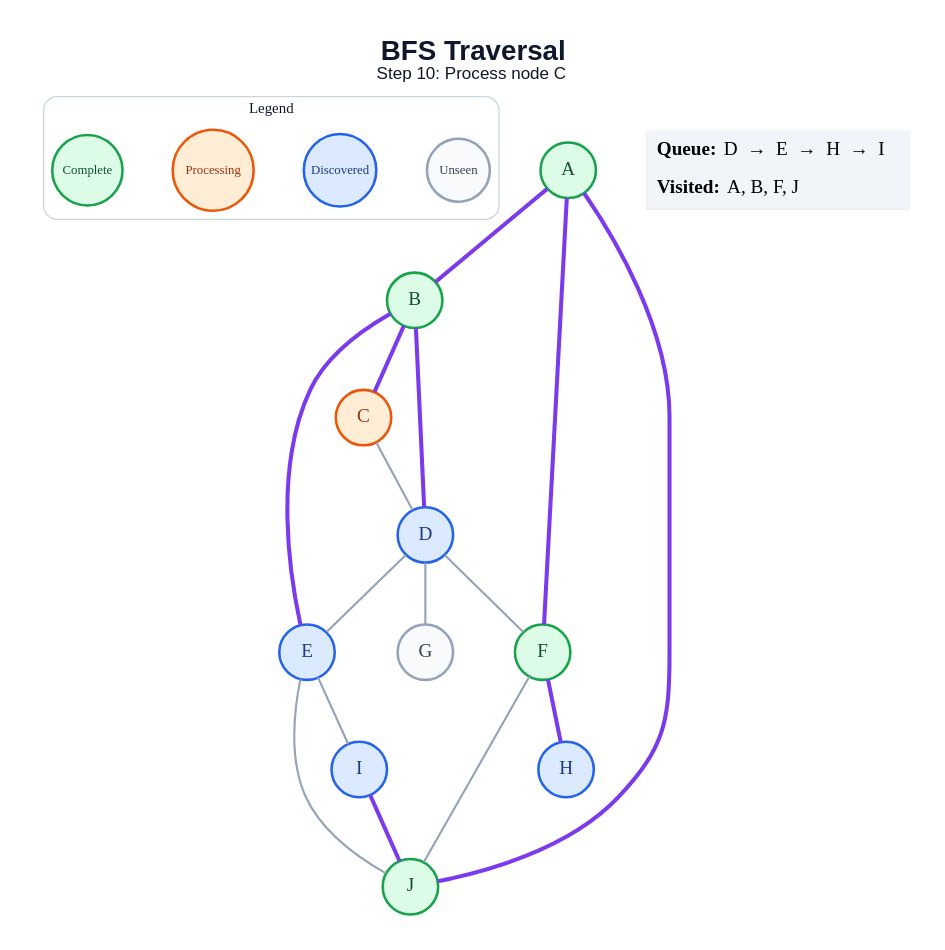
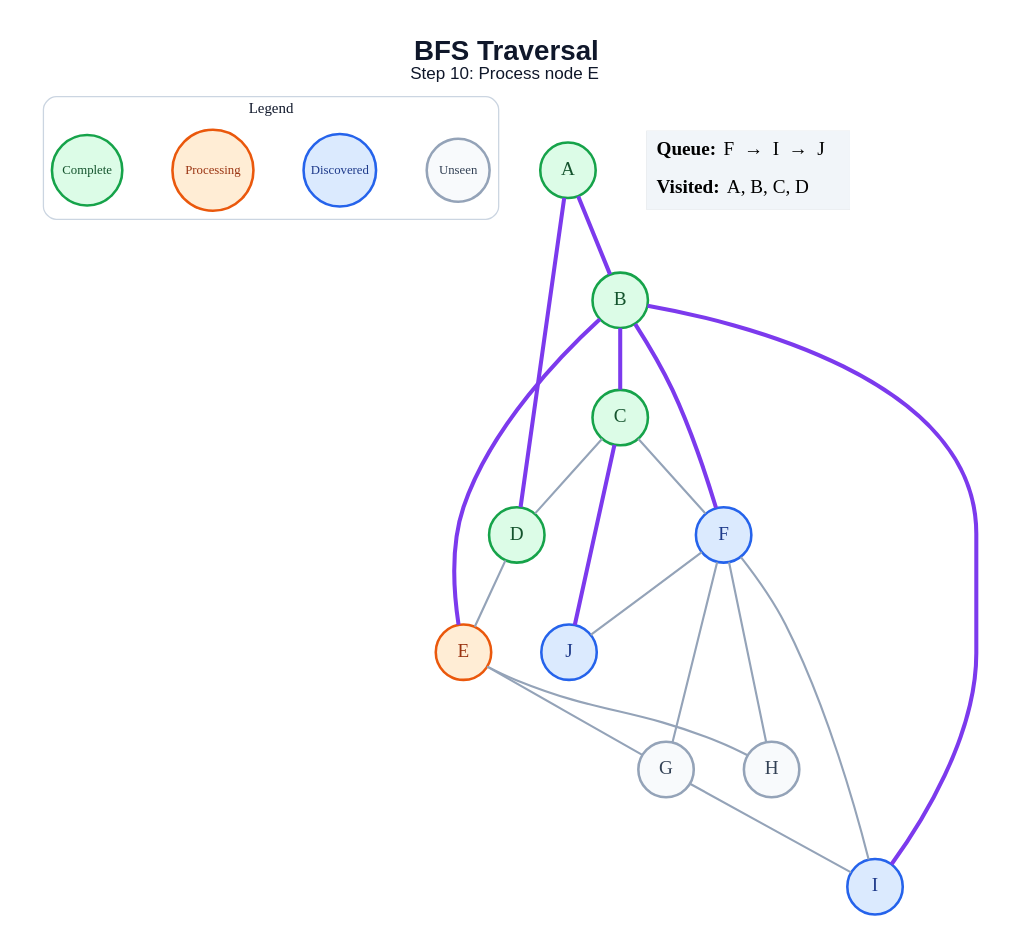
One commit to anon7238593-create/ai-slop changed the diagram in generated/bfs/step_10.dot. Above: the diagram before and after it, drawn with Graphviz. The commit also changed 178 other files, not shown here.

```diff
--- a/generated/bfs/step_10.dot
+++ b/generated/bfs/step_10.dot
@@ -1,44 +1,46 @@
 graph traversal {
   graph [layout=dot, rankdir=TB, bgcolor="#FFFFFF", pad="0.35", nodesep="0.65", ranksep="0.8", fontname="Arial"];
   node [shape=circle, style="filled", fontname="Arial Bold", fontsize=18, width=0.72, fixedsize=true, penwidth=2.4];
   edge [color="#94A3B8", penwidth=2.0];
-  label=<<B>BFS Traversal</B><BR/><FONT POINT-SIZE="16">Step 10: Process node C</FONT>>; labelloc="t"; fontsize=26; fontname="Arial"; fontcolor="#0F172A";
+  label=<<B>BFS Traversal</B><BR/><FONT POINT-SIZE="16">Step 10: Process node E</FONT>>; labelloc="t"; fontsize=26; fontname="Arial"; fontcolor="#0F172A";
   subgraph cluster_legend { label="Legend"; color="#CBD5E1"; penwidth=1.2; style="rounded"; fontsize=14; fontname="Arial Bold";
     key_unseen [label="Unseen", fillcolor="#F8FAFC", color="#94A3B8", fontcolor="#334155", fontsize=12, width=0.82];
     key_frontier [label="Discovered", fillcolor="#DBEAFE", color="#2563EB", fontcolor="#1E3A8A", fontsize=12, width=0.95];
     key_current [label="Processing", fillcolor="#FFEDD5", color="#EA580C", fontcolor="#9A3412", fontsize=12, width=1.05];
     key_done [label="Complete", fillcolor="#DCFCE7", color="#16A34A", fontcolor="#14532D", fontsize=12, width=0.92];
     { rank=same; key_unseen; key_frontier; key_current; key_done; }
   }
   A [fillcolor="#DCFCE7", color="#16A34A", fontcolor="#14532D"];
   B [fillcolor="#DCFCE7", color="#16A34A", fontcolor="#14532D"];
-  C [fillcolor="#FFEDD5", color="#EA580C", fontcolor="#9A3412"];
-  D [fillcolor="#DBEAFE", color="#2563EB", fontcolor="#1E3A8A"];
-  E [fillcolor="#DBEAFE", color="#2563EB", fontcolor="#1E3A8A"];
-  F [fillcolor="#DCFCE7", color="#16A34A", fontcolor="#14532D"];
+  C [fillcolor="#DCFCE7", color="#16A34A", fontcolor="#14532D"];
+  D [fillcolor="#DCFCE7", color="#16A34A", fontcolor="#14532D"];
+  E [fillcolor="#FFEDD5", color="#EA580C", fontcolor="#9A3412"];
+  F [fillcolor="#DBEAFE", color="#2563EB", fontcolor="#1E3A8A"];
   G [fillcolor="#F8FAFC", color="#94A3B8", fontcolor="#334155"];
-  H [fillcolor="#DBEAFE", color="#2563EB", fontcolor="#1E3A8A"];
+  H [fillcolor="#F8FAFC", color="#94A3B8", fontcolor="#334155"];
   I [fillcolor="#DBEAFE", color="#2563EB", fontcolor="#1E3A8A"];
-  J [fillcolor="#DCFCE7", color="#16A34A", fontcolor="#14532D"];
+  J [fillcolor="#DBEAFE", color="#2563EB", fontcolor="#1E3A8A"];
   A -- B [color="#7C3AED", penwidth=3.8];
-  A -- F [color="#7C3AED", penwidth=3.8];
-  A -- J [color="#7C3AED", penwidth=3.8];
+  A -- D [color="#7C3AED", penwidth=3.8];
   B -- C [color="#7C3AED", penwidth=3.8];
-  B -- D [color="#7C3AED", penwidth=3.8];
   B -- E [color="#7C3AED", penwidth=3.8];
+  B -- F [color="#7C3AED", penwidth=3.8];
+  B -- I [color="#7C3AED", penwidth=3.8];
   C -- D;
+  C -- F;
+  C -- J [color="#7C3AED", penwidth=3.8];
   D -- E;
-  D -- F;
-  D -- G;
-  E -- I;
-  E -- J;
-  F -- H [color="#7C3AED", penwidth=3.8];
+  E -- G;
+  E -- H;
+  F -- G;
+  F -- H;
+  F -- I;
   F -- J;
-  I -- J [color="#7C3AED", penwidth=3.8];
+  G -- I;
   status [shape=plain, fixedsize=false, width=0, height=0, margin=0, label=<
     <TABLE BORDER="0" CELLBORDER="0" CELLPADDING="7" BGCOLOR="#F1F5F9">
-      <TR><TD ALIGN="LEFT"><B>Queue:</B> D  →  E  →  H  →  I</TD></TR>
-      <TR><TD ALIGN="LEFT"><B>Visited:</B> A, B, F, J</TD></TR>
+      <TR><TD ALIGN="LEFT"><B>Queue:</B> F  →  I  →  J</TD></TR>
+      <TR><TD ALIGN="LEFT"><B>Visited:</B> A, B, C, D</TD></TR>
     </TABLE>
   >];
 }
```
